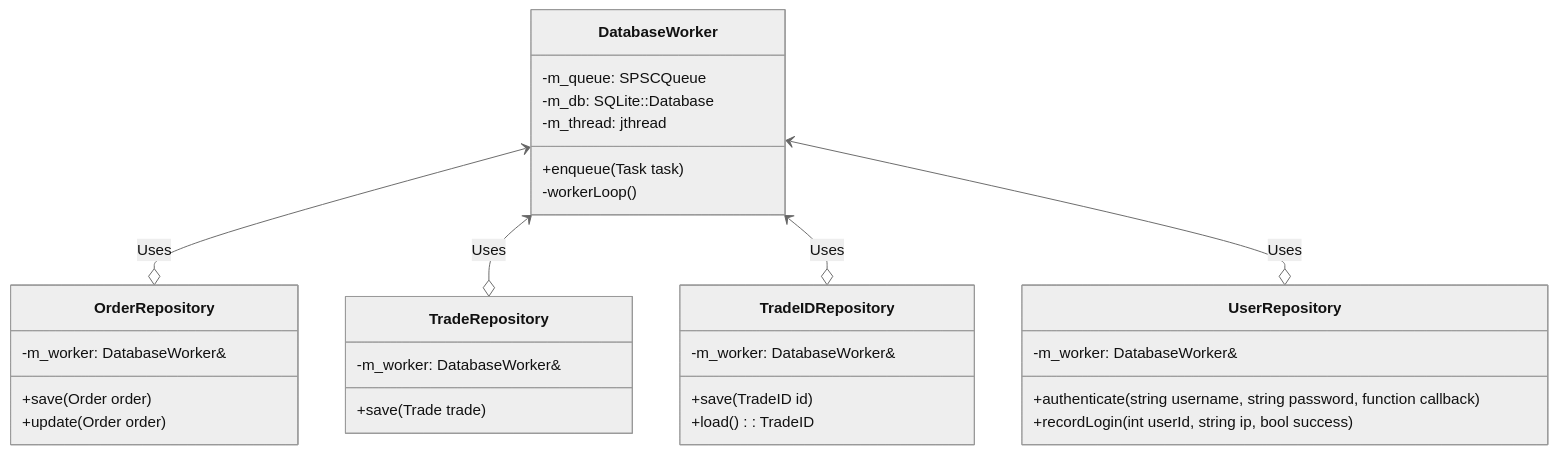
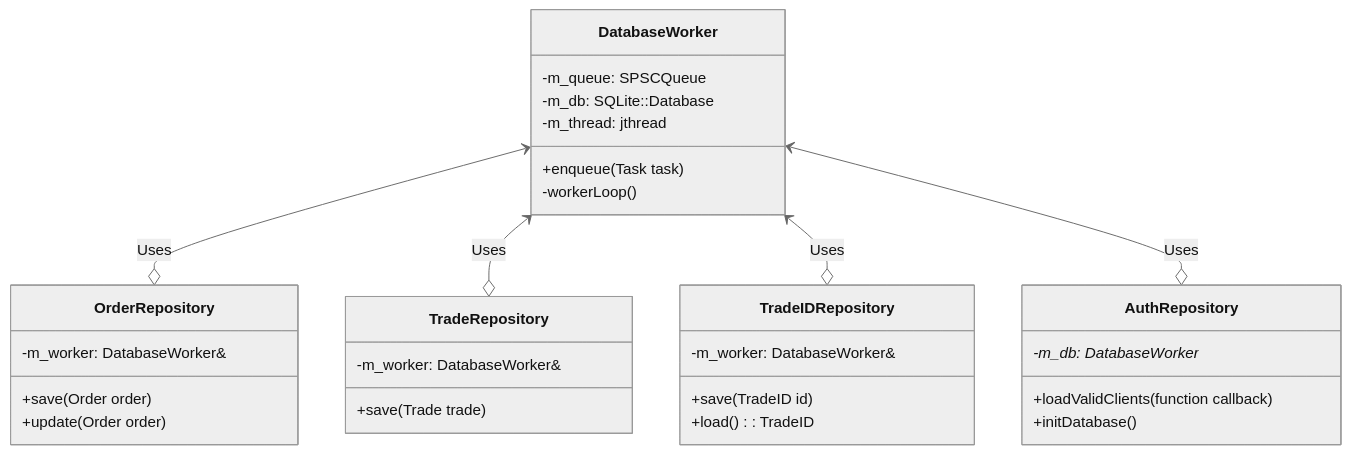
Before and after one commit to SujalChoudhari/BetaTrader: the second of 2 diagrams in core/data/TSD.md, drawn with Mermaid (neutral theme). The commit also changed other lines of this file and 4 other files, not shown here.

Commit message:
docs: Update TSDs and READMEs to reflect recent architectural changes

````diff
--- a/core/data/TSD.md
+++ b/core/data/TSD.md
@@ -43,38 +43,38 @@
 ```mermaid
 classDiagram
     class DatabaseWorker {
         +enqueue(Task task)
         -workerLoop()
         -m_queue: SPSCQueue<Task>
         -m_db: SQLite::Database
         -m_thread: jthread
     }
 
     class OrderRepository {
         +save(Order order)
         +update(Order order)
         -m_worker: DatabaseWorker&
     }
 
     class TradeRepository {
         +save(Trade trade)
         -m_worker: DatabaseWorker&
     }
 
     class TradeIDRepository {
         +save(TradeID id)
         +load(): TradeID
         -m_worker: DatabaseWorker&
     }
 
-    class UserRepository {
-        +authenticate(string username, string password, function callback)
-        +recordLogin(int userId, string ip, bool success)
-        -m_worker: DatabaseWorker&
+    class AuthRepository {
+        +loadValidClients(function callback)
+        +initDatabase()
+        -m_db: DatabaseWorker*
     }
 
     DatabaseWorker <--o OrderRepository : Uses
     DatabaseWorker <--o TradeRepository : Uses
     DatabaseWorker <--o TradeIDRepository : Uses
-    DatabaseWorker <--o UserRepository : Uses
+    DatabaseWorker <--o AuthRepository : Uses
 ```
````
